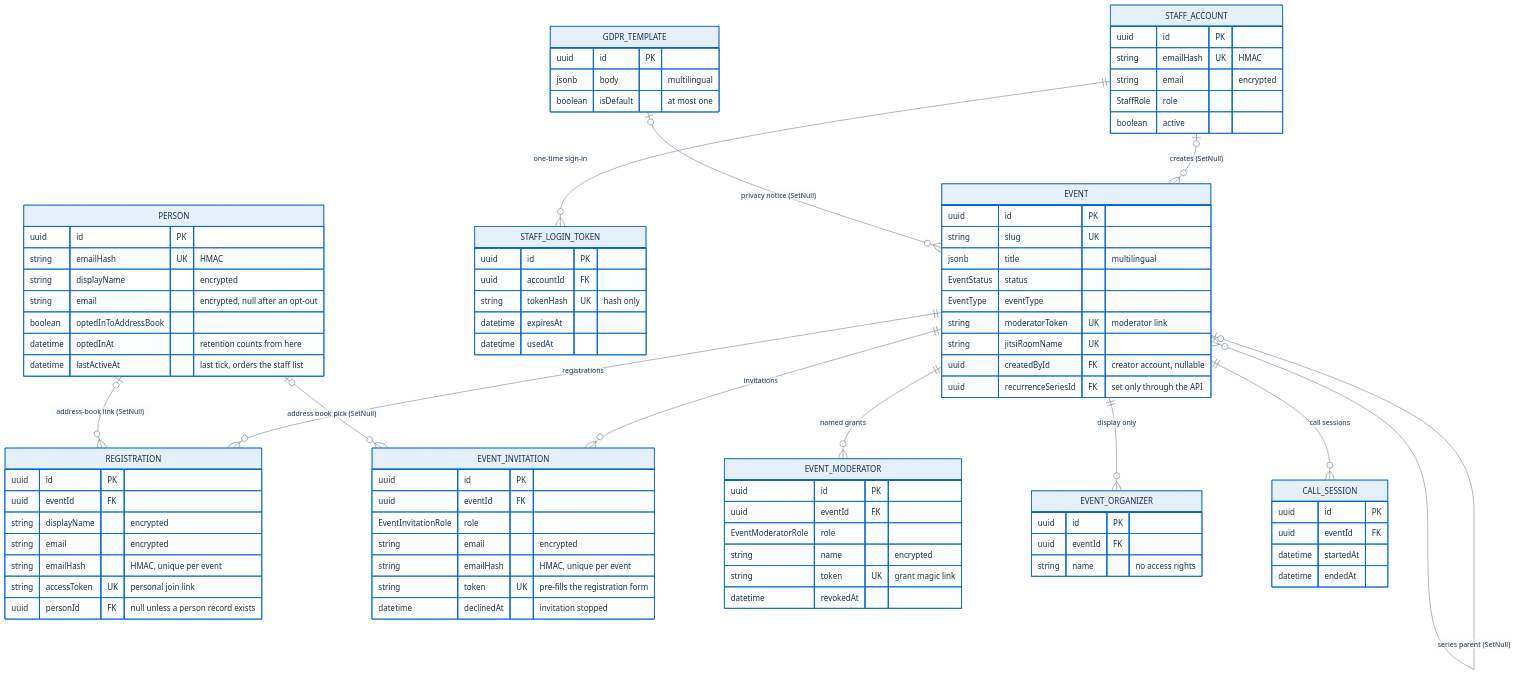
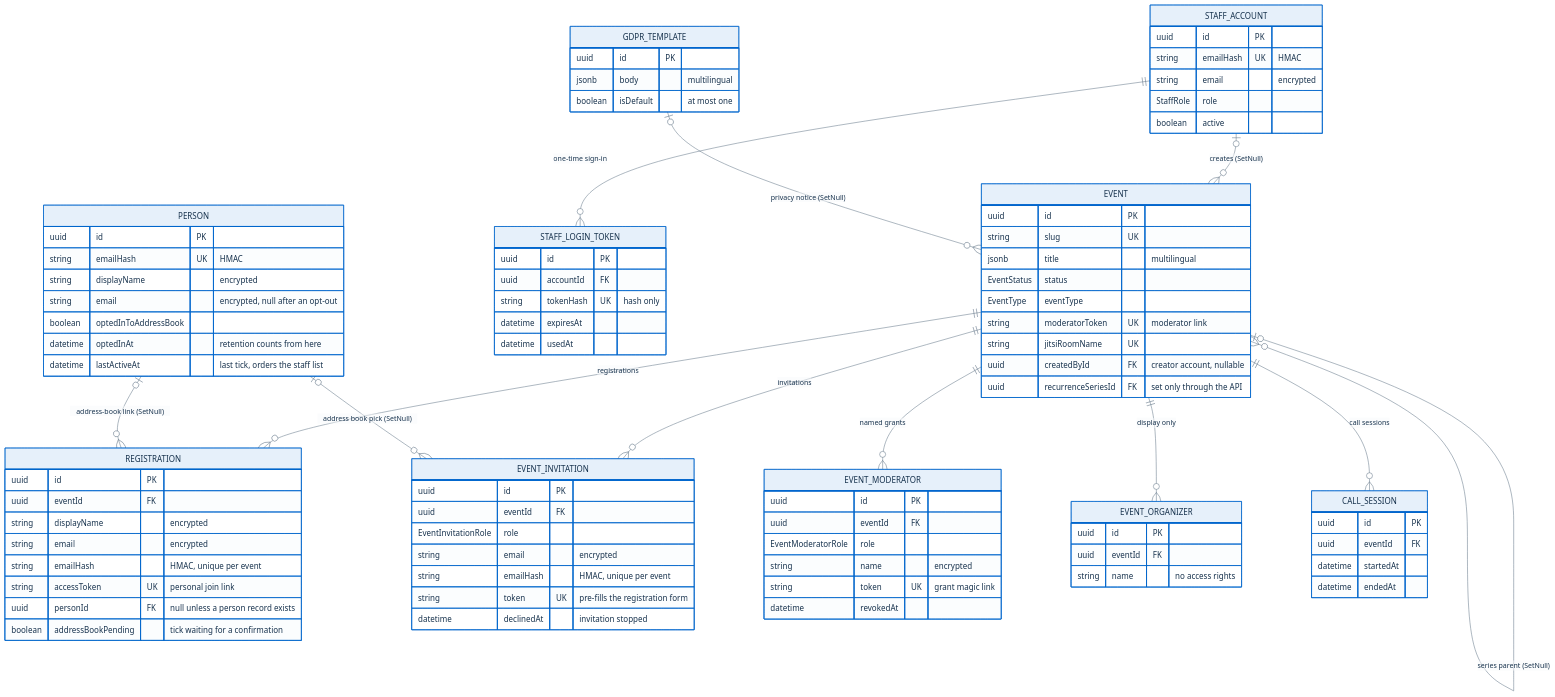
Before and after one commit to italia/pa-webinar: the second of 4 diagrams in docs/architecture/data-model.md, drawn with Mermaid. The commit also changed other lines of this file and 22 other files, not shown here.

```diff
--- a/docs/architecture/data-model.md
+++ b/docs/architecture/data-model.md
@@ -195,6 +195,7 @@
     string emailHash "HMAC, unique per event"
     string accessToken UK "personal join link"
     uuid personId FK "null unless a person record exists"
+    boolean addressBookPending "tick waiting for a confirmation"
   }
   PERSON {
     uuid id PK
```
